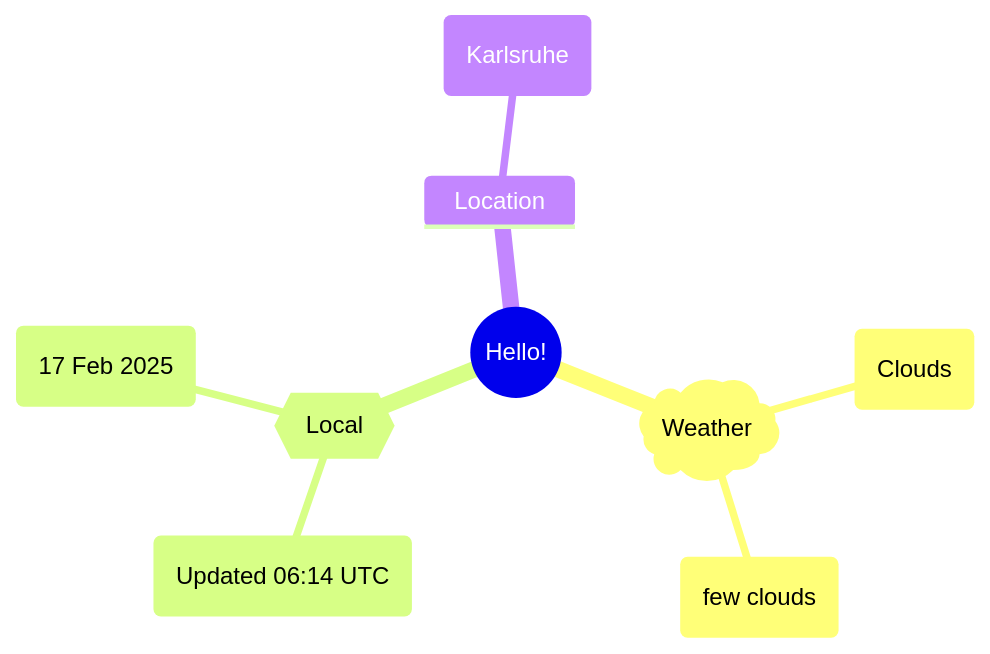
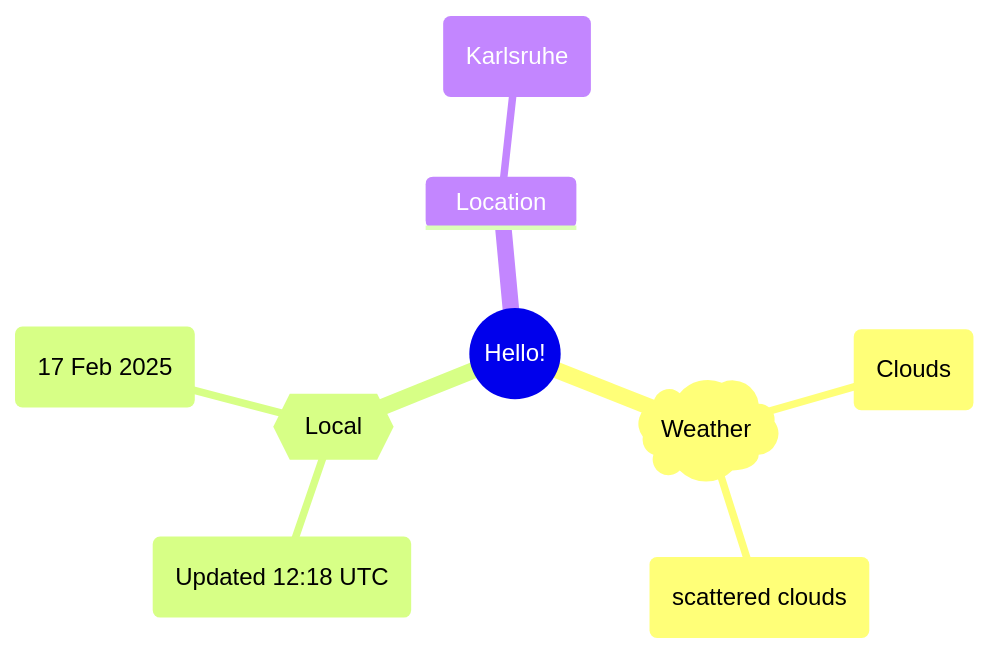
The first of 2 diagrams in README.md (Xosrov/Xosrov), drawn with Mermaid before and after one commit.

Commit message:
[bot] updated images

````diff
--- a/README.md
+++ b/README.md
@@ -3,12 +3,12 @@
 ```mermaid
 mindmap
   root((Hello!))
     )Weather(
         (Clouds)
-        (few clouds)
+        (scattered clouds)
     {{Local}}
-        (Updated 06:14 UTC)
+        (Updated 12:18 UTC)
         (17 Feb 2025)
     Location
         (Karlsruhe)
 ```
````
